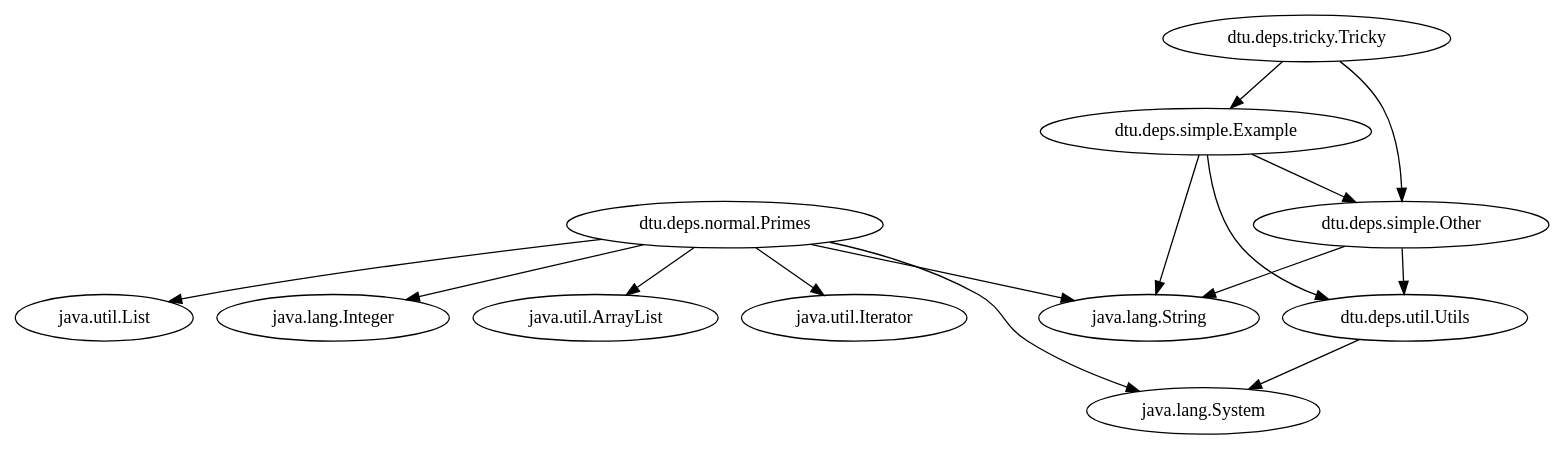
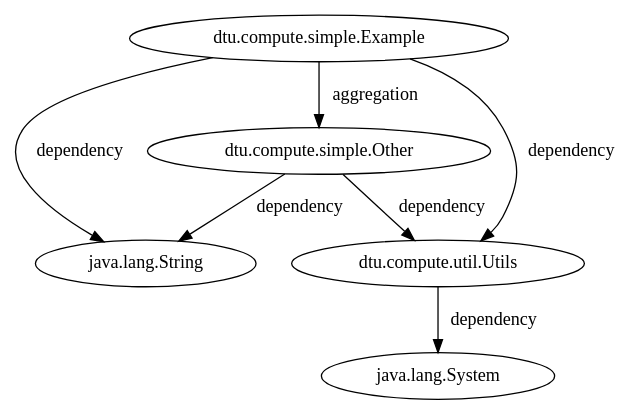
The diagram in result.dot (wcbup/Class-Diagram), drawn with Graphviz before and after one commit. The commit also changed 1 other file, not shown here.

```diff
--- a/result.dot
+++ b/result.dot
@@ -1,27 +1,13 @@
 digraph SourceGra {
-x0 [label = "dtu.deps.normal.Primes";
-]x1 [label = "java.util.ArrayList";
-]x2 [label = "java.util.Iterator";
-]x3 [label = "java.util.List";
-]x4 [label = "java.lang.Integer";
-]x5 [label = "java.lang.String";
-]x6 [label = "java.lang.System";
-]x7 [label = "dtu.deps.simple.Example";
-]x8 [label = "dtu.deps.util.Utils";
-]x9 [label = "dtu.deps.simple.Other";
-]x10 [label = "dtu.deps.tricky.Tricky";
-]x0 -> x1;
-x0 -> x2;
-x0 -> x3;
-x0 -> x4;
-x0 -> x5;
-x0 -> x6;
-x7 -> x8;
-x7 -> x5;
-x7 -> x9;
-x9 -> x5;
-x9 -> x8;
-x10 -> x7;
-x10 -> x9;
-x8 -> x6;
+x0 [label = "dtu.compute.simple.Other"];
+x1 [label = "java.lang.String"];
+x2 [label = "dtu.compute.util.Utils"];
+x3 [label = "dtu.compute.simple.Example"];
+x4 [label = "java.lang.System"];
+x0 -> x1 [label = "dependency"];
+x0 -> x2 [label = "dependency"];
+x3 -> x0 [label = "aggregation"];
+x3 -> x1 [label = "dependency"];
+x3 -> x2 [label = "dependency"];
+x2 -> x4 [label = "dependency"];
 }
```
